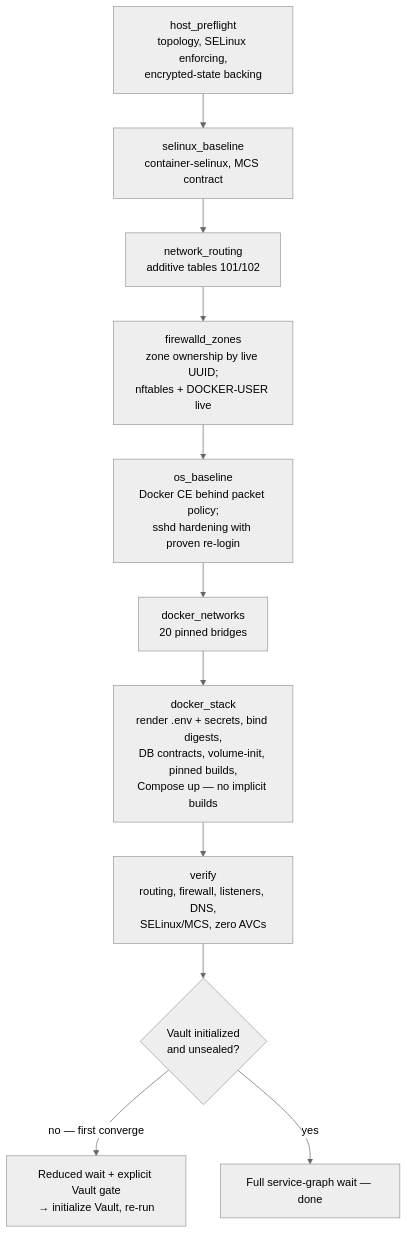
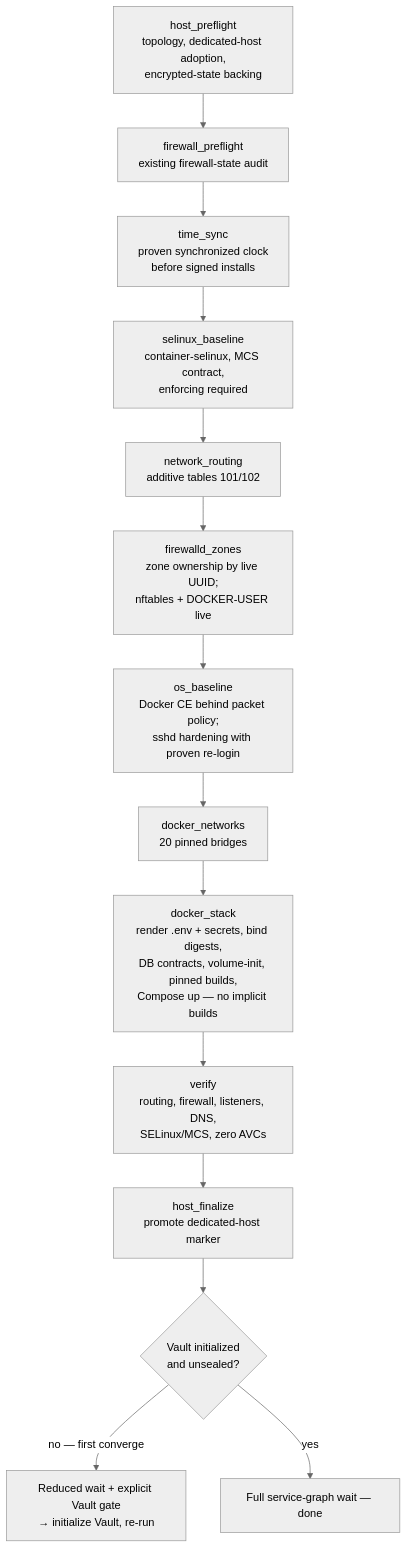
One commit to derhornspieler/ai-gateway changed the ninth of 9 diagrams in docs/architecture-diagrams.md. Above: the diagram before and after it, drawn with Mermaid (neutral theme). The commit also changed 13 other files, not shown here.

````diff
--- a/docs/architecture-diagrams.md
+++ b/docs/architecture-diagrams.md
@@ -228,13 +228,16 @@
 ```mermaid
 flowchart TD
-  R1[host_preflight<br/>topology, SELinux enforcing,<br/>encrypted-state backing] --> R2[selinux_baseline<br/>container-selinux, MCS contract]
+  R1[host_preflight<br/>topology, dedicated-host adoption,<br/>encrypted-state backing] --> R1b[firewall_preflight<br/>existing firewall-state audit]
+  R1b --> R1c[time_sync<br/>proven synchronized clock<br/>before signed installs]
+  R1c --> R2[selinux_baseline<br/>container-selinux, MCS contract,<br/>enforcing required]
   R2 --> R3[network_routing<br/>additive tables 101/102]
   R3 --> R4[firewalld_zones<br/>zone ownership by live UUID;<br/>nftables + DOCKER-USER live]
   R4 --> R5[os_baseline<br/>Docker CE behind packet policy;<br/>sshd hardening with proven re-login]
   R5 --> R6[docker_networks<br/>20 pinned bridges]
   R6 --> R7[docker_stack<br/>render .env + secrets, bind digests,<br/>DB contracts, volume-init, pinned builds,<br/>Compose up — no implicit builds]
   R7 --> R8[verify<br/>routing, firewall, listeners, DNS,<br/>SELinux/MCS, zero AVCs]
-  R8 --> GATE{Vault initialized<br/>and unsealed?}
+  R8 --> R9[host_finalize<br/>promote dedicated-host marker]
+  R9 --> GATE{Vault initialized<br/>and unsealed?}
   GATE -- no — first converge --> WAIT[Reduced wait + explicit Vault gate<br/>→ initialize Vault, re-run]
   GATE -- yes --> FULL[Full service-graph wait — done]
 ```
````
